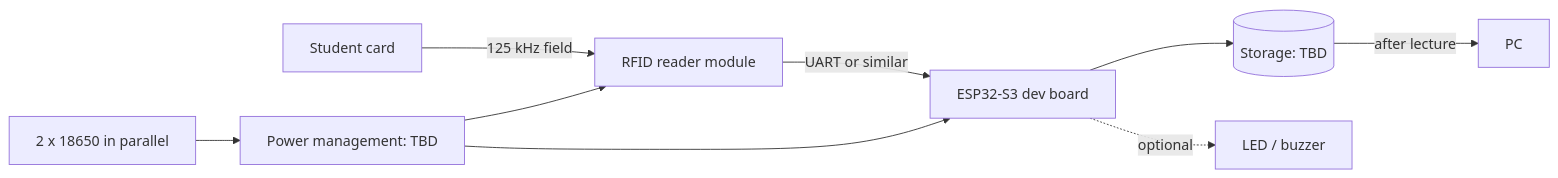
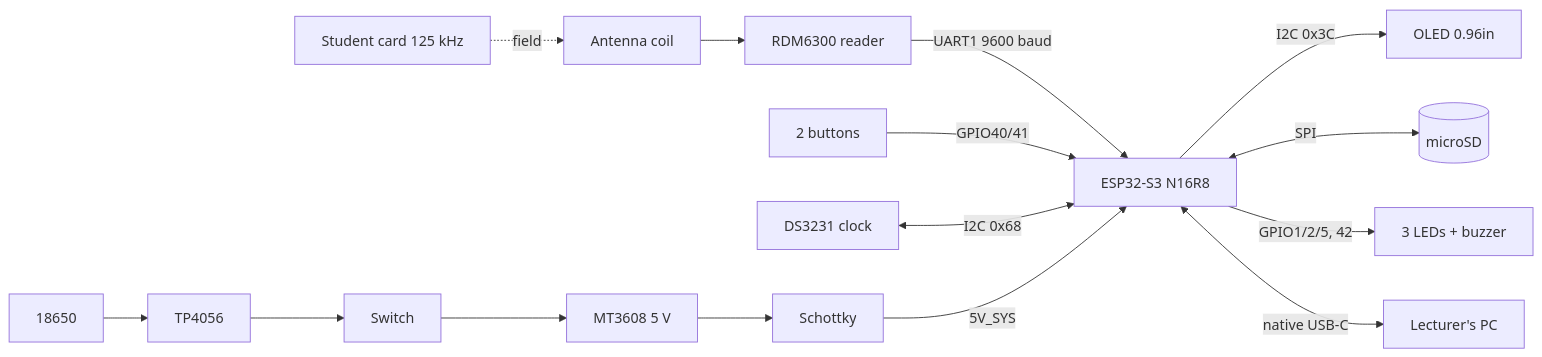
One commit to icesys/smart_attendance_system changed the diagram in documentation/system_architecture.md. Above: the diagram before and after it, drawn with Mermaid. The commit also changed other lines of this file and 63 other files, not shown here.

````diff
--- a/documentation/system_architecture.md
+++ b/documentation/system_architecture.md
@@ -3,11 +5,13 @@
 ```mermaid
 flowchart LR
-    CARD[Student card] -->|125 kHz field| RFID[RFID reader module]
-    RFID -->|UART or similar| MCU[ESP32-S3 dev board]
-    MCU --> STORE[(Storage: TBD)]
-    MCU -.->|optional| FB[LED / buzzer]
-    BAT[2 x 18650 in parallel] --> PWR[Power management: TBD]
-    PWR --> MCU
-    PWR --> RFID
-    STORE -->|after lecture| PC[PC]
+    CARD[Student card 125 kHz] -.->|field| COIL[Antenna coil]
+    COIL --> RFID[RDM6300 reader]
+    RFID -->|UART1 9600 baud| MCU[ESP32-S3 N16R8]
+    BTN[2 buttons] -->|GPIO40/41| MCU
+    RTC[DS3231 clock] <-->|I2C 0x68| MCU
+    MCU -->|I2C 0x3C| OLED[OLED 0.96in]
+    MCU <-->|SPI| SD[(microSD)]
+    MCU -->|GPIO1/2/5, 42| FB[3 LEDs + buzzer]
+    MCU <-->|native USB-C| PC[Lecturer's PC]
+    BAT[18650] --> CHG[TP4056] --> SW[Switch] --> BOOST[MT3608 5 V] --> D[Schottky] -->|5V_SYS| MCU
 ```
````
